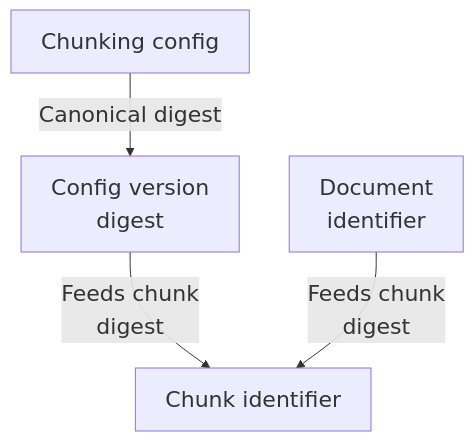
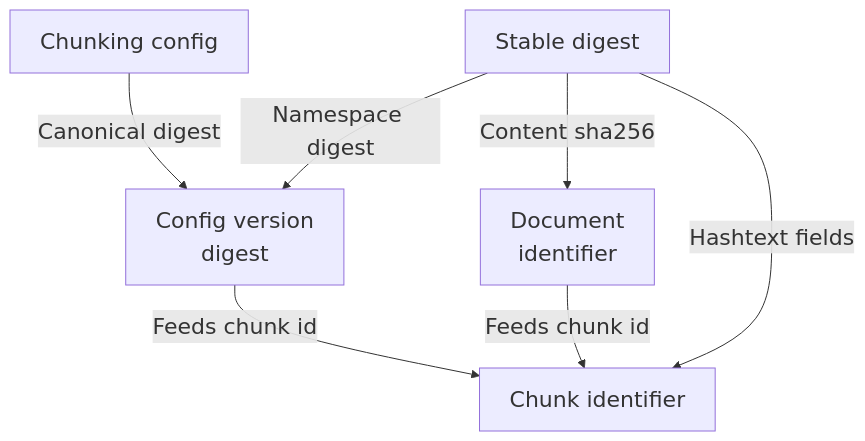
One commit to Justin-Mendoza/Afterclass changed the fourth of 4 diagrams in maps/ingestion/README.md. Above: the diagram before and after it, drawn with Mermaid. The commit also changed other lines of this file and 88 other files, not shown here.

````diff
--- a/maps/ingestion/README.md
+++ b/maps/ingestion/README.md
@@ -128,11 +135,15 @@
 ```mermaid
 %%{init: {"themeVariables": {"fontSize": "22px"}}}%%
 flowchart TD
   n0["Chunking config"]
   n1["Config version<br/>digest"]
   n2["Chunk identifier"]
   n3["Document<br/>identifier"]
+  n4["Stable digest"]
   n0 -->|"Canonical digest"| n1
-  n1 -->|"Feeds chunk<br/>digest"| n2
-  n3 -->|"Feeds chunk<br/>digest"| n2
+  n4 -->|"Namespace digest"| n1
+  n1 -->|"Feeds chunk id"| n2
+  n3 -->|"Feeds chunk id"| n2
+  n4 -->|"Hashtext fields"| n2
+  n4 -->|"Content sha256"| n3
 ```
````
